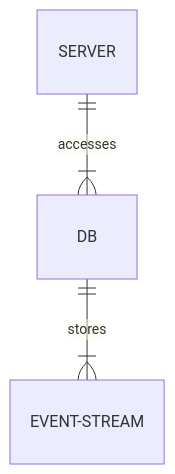
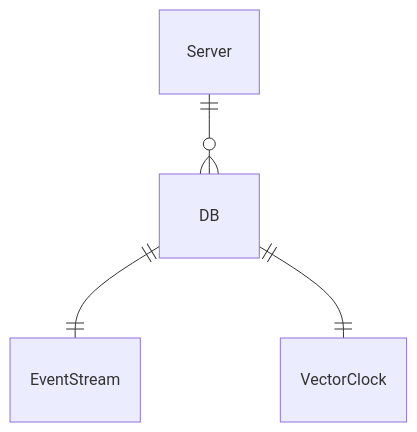
Before and after one commit to LAC-Tech/laterbase: the first of 2 diagrams in technical.md, drawn with Mermaid. The commit also changed other lines of this file and 1 other file, not shown here.

Commit message:
better diagram

````diff
--- a/technical.md
+++ b/technical.md
@@ -3,5 +3,8 @@
 ```mermaid
 erDiagram
-    SERVER ||--|{ DB : accesses
-    DB ||--|{ EVENT-STREAM : stores
+    Server ||--o{ DB : ""
+    DB ||--|| EventStream : ""
+    DB ||--|| VectorClock : ""
+    
+    
 ```
````
